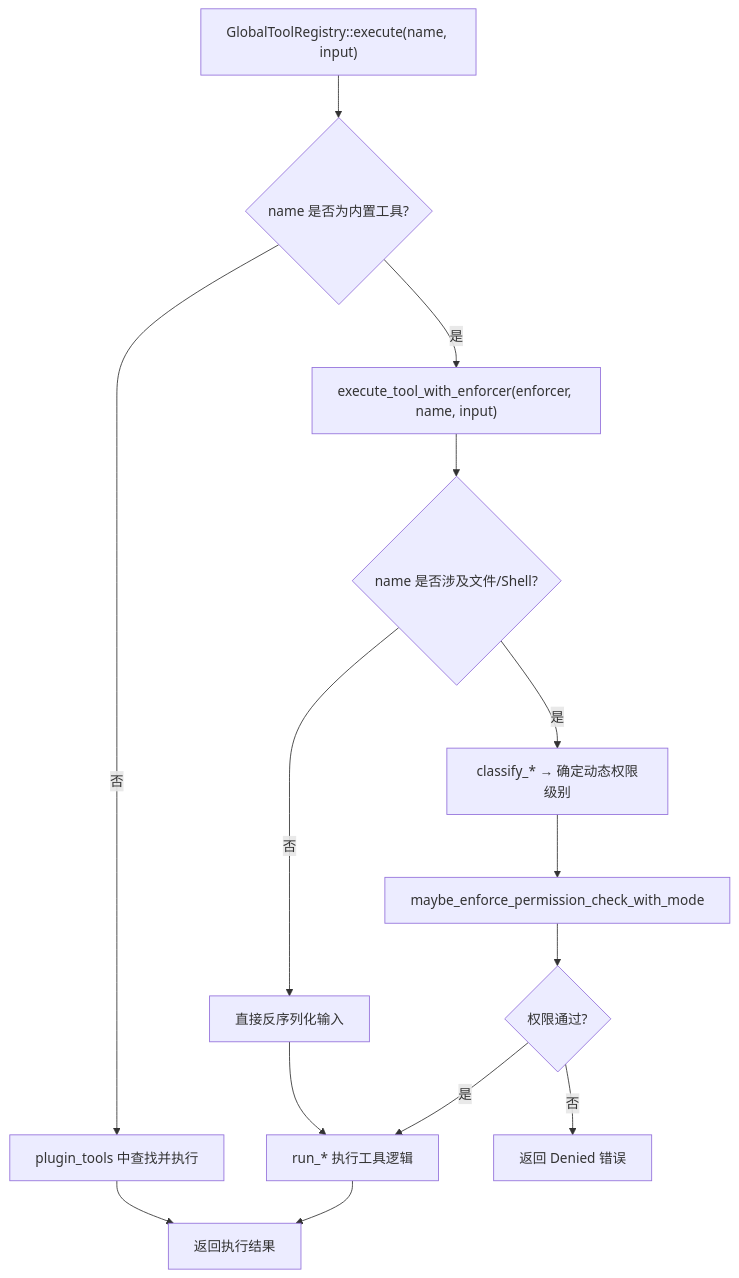
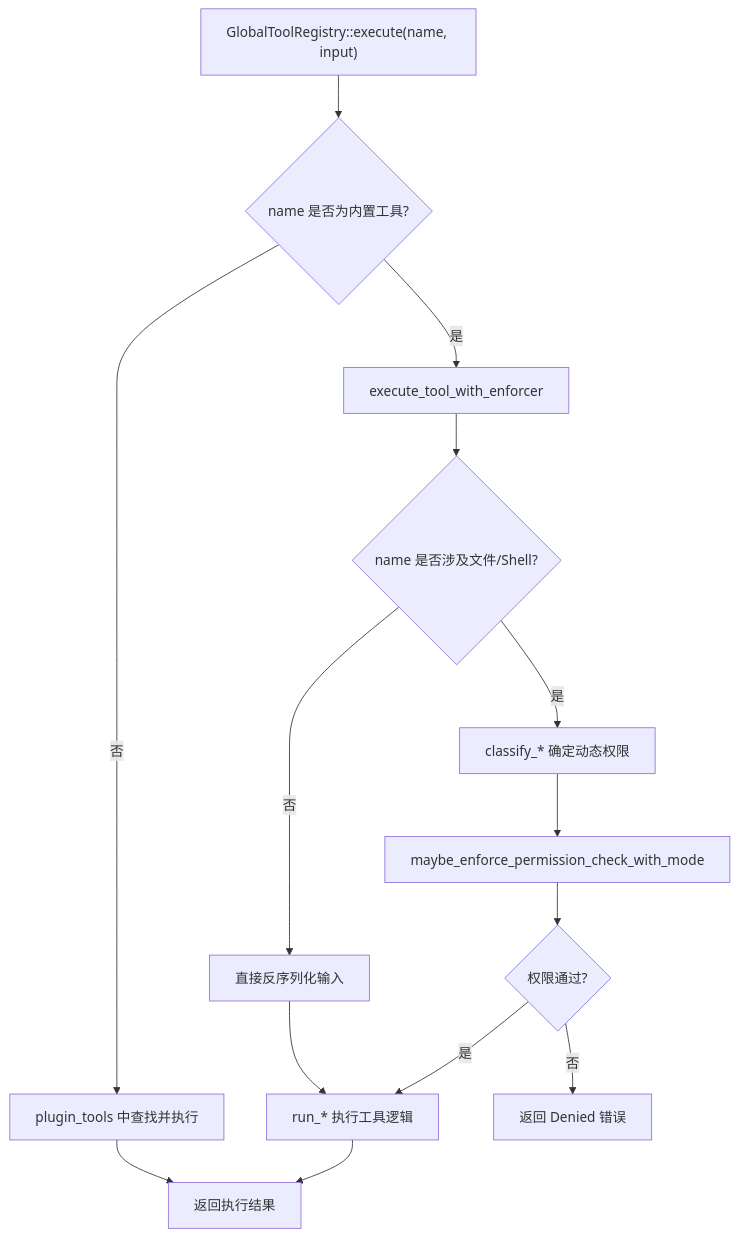
Before and after one commit to learner330/claw-code-book: the second of 2 diagrams in chapter-05/tools.md, drawn with Mermaid. The commit also changed other lines of this file and 7 other files, not shown here.

First line of the commit message:
重写第4-11章：添加总分总结构，每段代码块配备pre-guide和post-analysis，补充设计意图、字段含义和Java类比

````diff
--- a/chapter-05/tools.md
+++ b/chapter-05/tools.md
@@ -416,16 +889,16 @@
 ```mermaid
 graph TD
     A["GlobalToolRegistry::execute(name, input)"] --> B{name 是否为内置工具?}
-    B -->|是| C["execute_tool_with_enforcer(enforcer, name, input)"]
+    B -->|是| C["execute_tool_with_enforcer"]
     B -->|否| D["plugin_tools 中查找并执行"]
     C --> E{name 是否涉及文件/Shell?}
-    E -->|是| F["classify_* → 确定动态权限级别"]
+    E -->|是| F["classify_* 确定动态权限"]
     E -->|否| G["直接反序列化输入"]
     F --> H["maybe_enforce_permission_check_with_mode"]
     H --> I{"权限通过?"}
     I -->|是| J["run_* 执行工具逻辑"]
     I -->|否| K["返回 Denied 错误"]
     G --> J
     J --> L["返回执行结果"]
     D --> L
 ```
````
